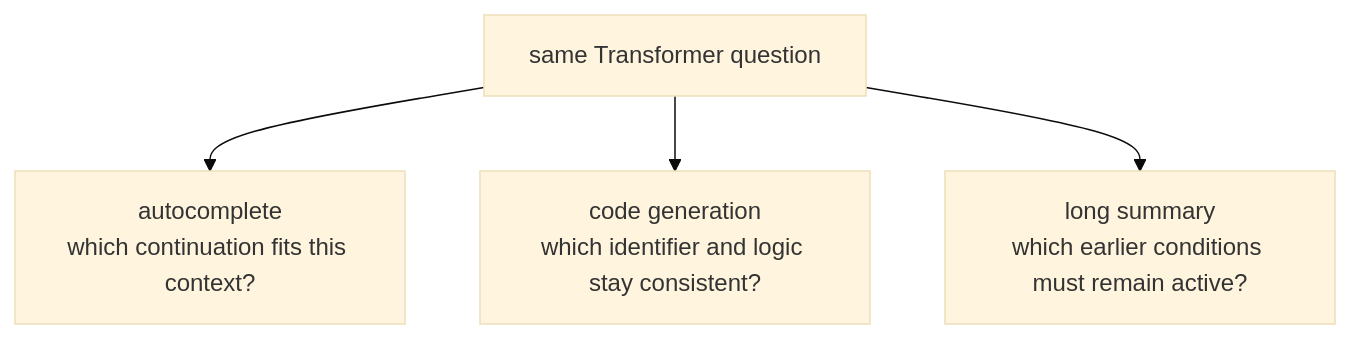
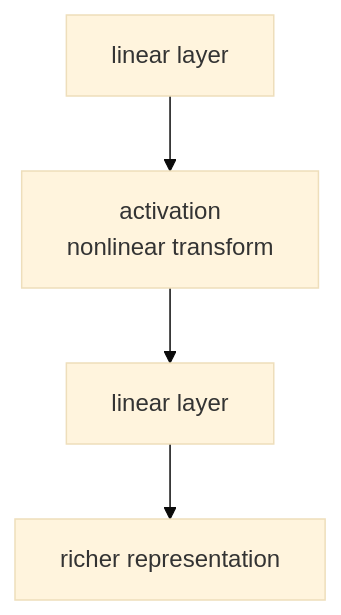
One commit to devchan64/AiBook changed the second of 2 diagrams in docs/parts/part-05/chapter-03/section-01.md. Above: the diagram before and after it, drawn with Mermaid (base theme). The commit also changed other lines of this file and 213 other files, not shown here.

````diff
--- a/docs/parts/part-05/chapter-03/section-01.md
+++ b/docs/parts/part-05/chapter-03/section-01.md
@@ -175,11 +100,11 @@
 ```mermaid
 flowchart TD
-  A["same Transformer question"]
-  B["autocomplete<br/>which continuation fits this context?"]
-  C["code generation<br/>which identifier and logic stay consistent?"]
-  D["long summary<br/>which earlier conditions must remain active?"]
+  A["linear layer"]
+  B["activation<br/>nonlinear transform"]
+  C["linear layer"]
+  D["richer representation"]
 
   A --> B
-  A --> C
-  A --> D
+  B --> C
+  C --> D
 ```
````
